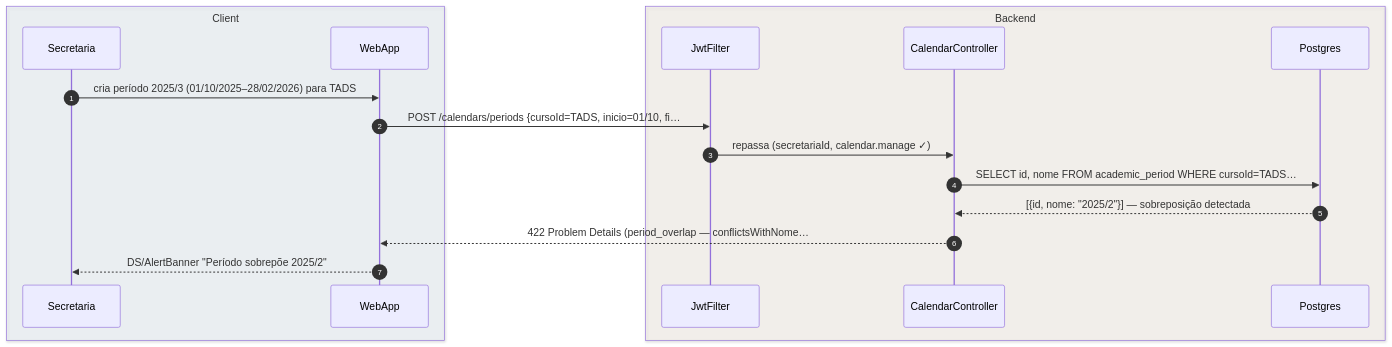
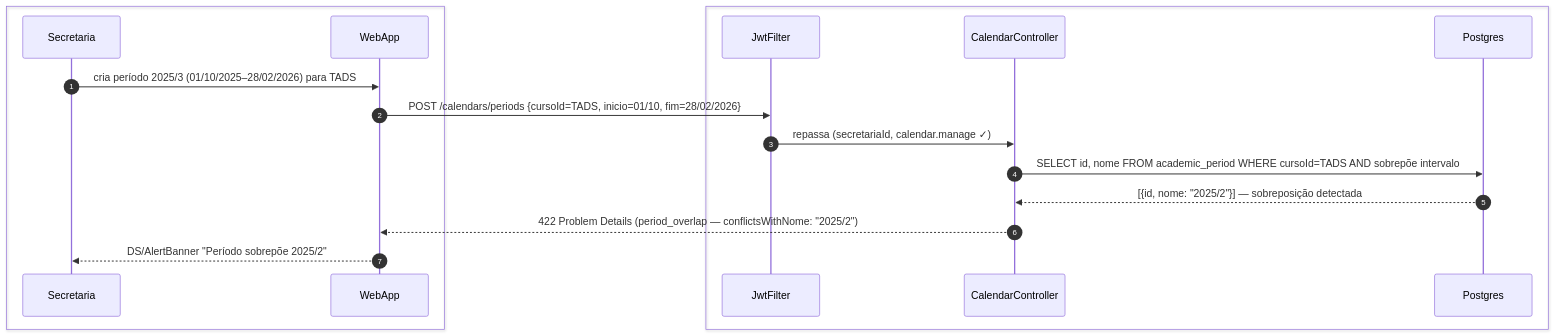
One commit to umishell/secretariaOnline2 changed the eighth of 8 diagrams in foundationDocs/sequenceDiagrams/F5 — Secretaria/US-F5-004-DADOS-ACADEMICOS.md. Above: the diagram before and after it, drawn with Mermaid. The commit also changed other lines of this file and 70 other files, not shown here.

First line of the commit message:
Enhance database documentation and introduce new schema files

````diff
--- a/foundationDocs/sequenceDiagrams/F5 — Secretaria/US-F5-004-DADOS-ACADEMICOS.md
+++ b/foundationDocs/sequenceDiagrams/F5 — Secretaria/US-F5-004-DADOS-ACADEMICOS.md
@@ -339,21 +339,21 @@
 ```mermaid
 sequenceDiagram
     autonumber
-    box rgba(230,245,255,0.3) Client
+    box #e8f4fc Cliente
         participant Secretaria
         participant WebApp
     end
-    box rgba(255,245,230,0.3) Backend
+    box #fff8ee Servidor
         participant JwtFilter
         participant CalendarController
         participant Postgres
     end
 
     Secretaria->>WebApp: cria período 2025/3 (01/10/2025–28/02/2026) para TADS
-    WebApp->>JwtFilter: POST /calendars/periods {cursoId=TADS, inicio=01/10, fi…
+    WebApp->>JwtFilter: POST /calendars/periods {cursoId=TADS, inicio=01/10, fim=28/02/2026}
     JwtFilter->>CalendarController: repassa (secretariaId, calendar.manage ✓)
-    CalendarController->>Postgres: SELECT id, nome FROM academic_period WHERE cursoId=TADS…
+    CalendarController->>Postgres: SELECT id, nome FROM academic_period WHERE cursoId=TADS AND sobrepõe intervalo
     Postgres-->>CalendarController: [{id, nome: "2025/2"}] — sobreposição detectada
-    CalendarController-->>WebApp: 422 Problem Details (period_overlap — conflictsWithNome…
+    CalendarController-->>WebApp: 422 Problem Details (period_overlap — conflictsWithNome: "2025/2")
     WebApp-->>Secretaria: DS/AlertBanner "Período sobrepõe 2025/2"
 ```
````
